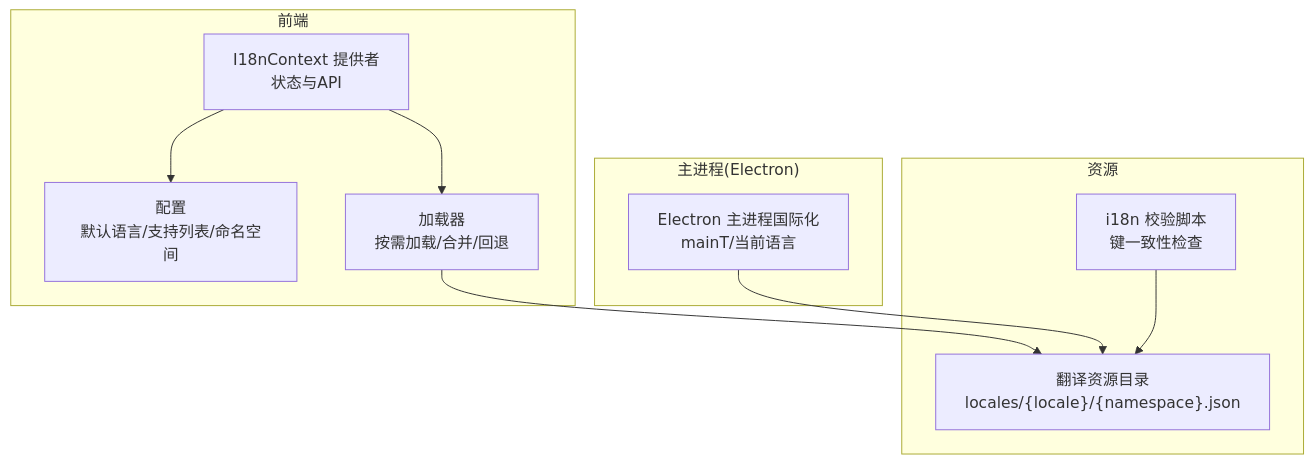
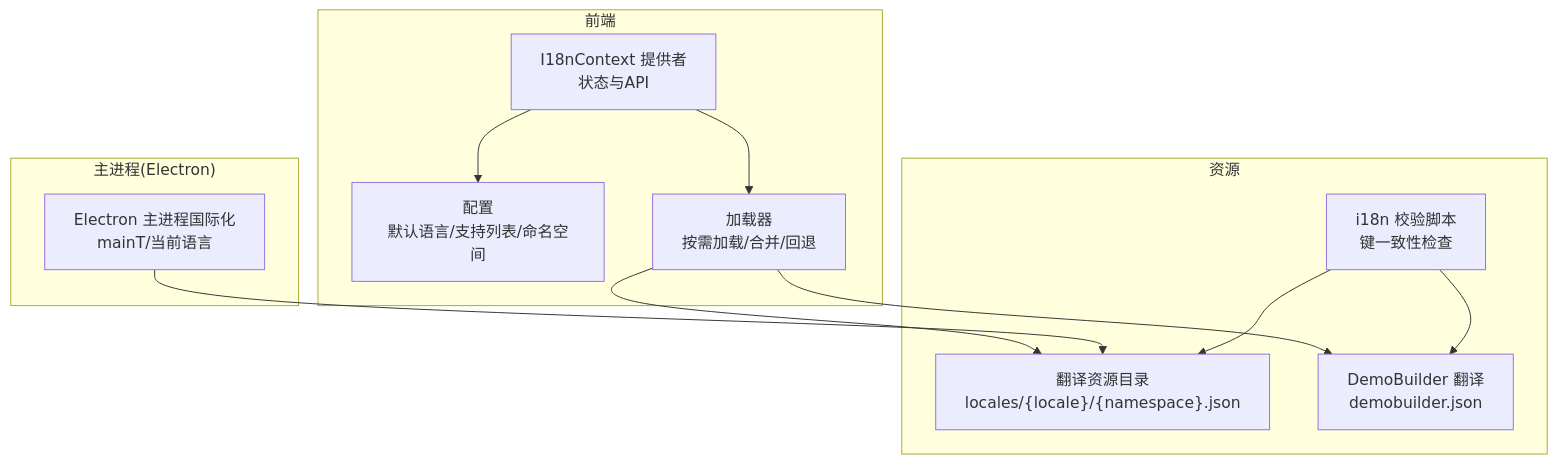
The first of 6 diagrams in .qoder/repowiki/zh/content/国际化系统.md (zhanggmin/openscreen), drawn with Mermaid before and after one commit. The commit also changed other lines of this file and 87 other files, not shown here.

````diff
--- a/.qoder/repowiki/zh/content/国际化系统.md
+++ b/.qoder/repowiki/zh/content/国际化系统.md
@@ -34,20 +46,23 @@
 ```mermaid
 graph TB
 subgraph "前端"
 Ctx["I18nContext 提供者<br/>状态与API"]
 Cfg["配置<br/>默认语言/支持列表/命名空间"]
 Ldr["加载器<br/>按需加载/合并/回退"]
 end
 subgraph "主进程(Electron)"
 MainI18n["Electron 主进程国际化<br/>mainT/当前语言"]
 end
 subgraph "资源"
 Locales["翻译资源目录<br/>locales/{locale}/{namespace}.json"]
 Check["i18n 校验脚本<br/>键一致性检查"]
+DemoBuilder["DemoBuilder 翻译<br/>demobuilder.json"]
 end
 Ctx --> Cfg
 Ctx --> Ldr
 Ldr --> Locales
+Ldr --> DemoBuilder
 MainI18n --> Locales
 Check --> Locales
+Check --> DemoBuilder
 ```
````
